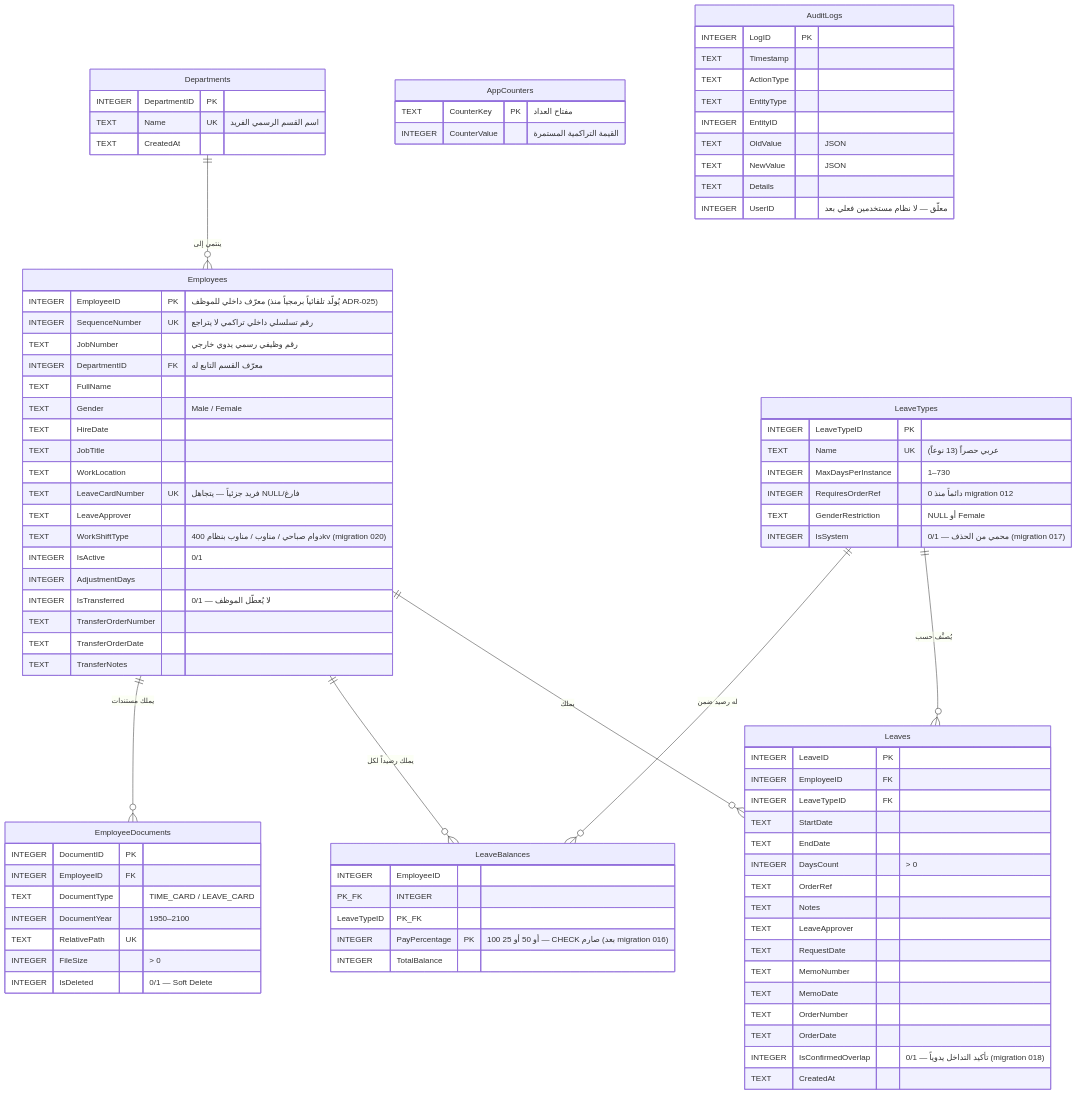
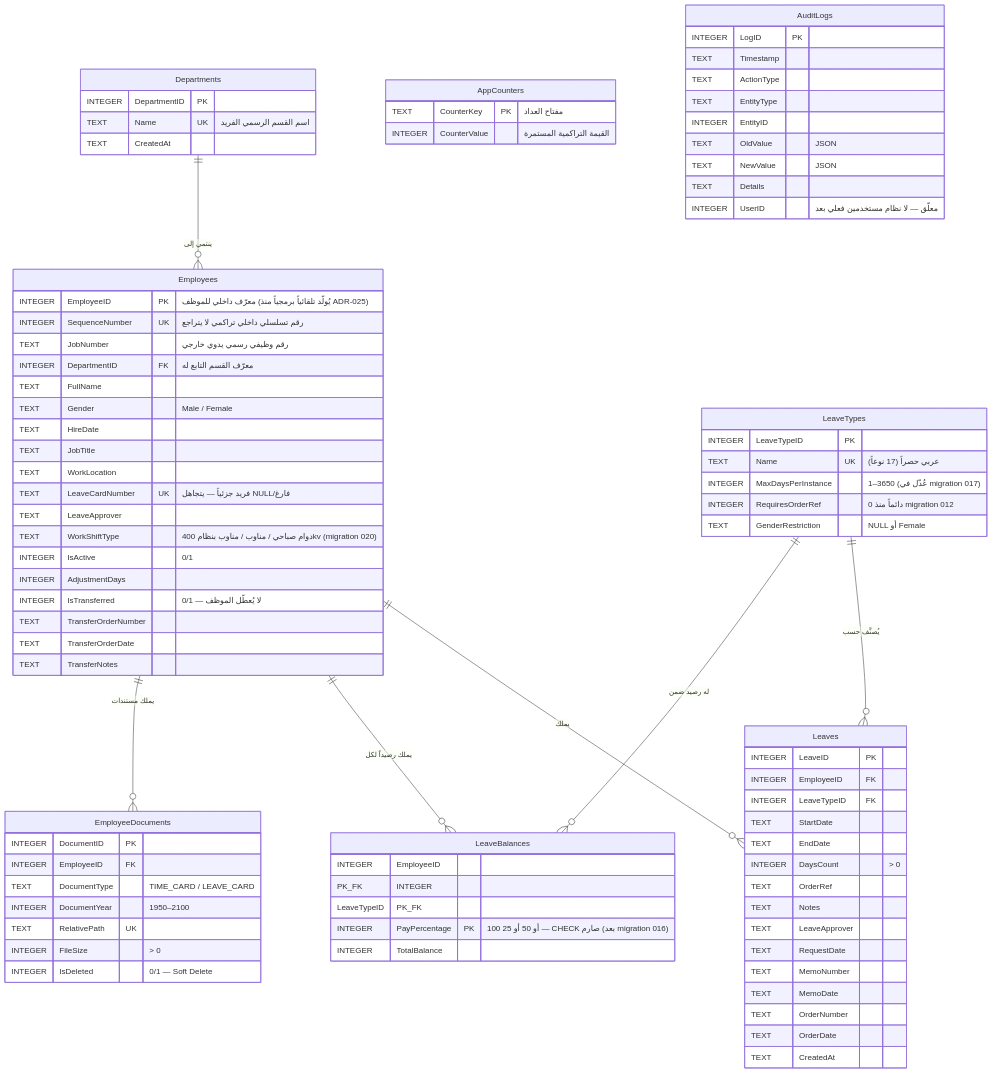
The diagram in docs/DATA-MODEL.md (sajadmssa/Holidays), drawn with Mermaid before and after one commit. The commit also changed other lines of this file and 5 other files, not shown here.

Commit message:
docs: reconcile schema definitions, seed departments, and migration range up to 020

```diff
--- a/docs/DATA-MODEL.md
+++ b/docs/DATA-MODEL.md
@@ -45,11 +45,10 @@
 
     LeaveTypes {
         INTEGER LeaveTypeID PK
-        TEXT Name UK "عربي حصراً (13 نوعاً)"
-        INTEGER MaxDaysPerInstance "1–730"
+        TEXT Name UK "عربي حصراً (17 نوعاً)"
+        INTEGER MaxDaysPerInstance "1–3650 (عُدّل في migration 017)"
         INTEGER RequiresOrderRef "0 دائماً منذ migration 012"
         TEXT GenderRestriction "NULL أو Female"
-        INTEGER IsSystem "0/1 — محمي من الحذف (migration 017)"
     }
 
     LeaveBalances {
@@ -74,7 +73,6 @@
         TEXT MemoDate
         TEXT OrderNumber
         TEXT OrderDate
-        INTEGER IsConfirmedOverlap "0/1 — تأكيد التداخل يدوياً (migration 018)"
         TEXT CreatedAt
     }
 
```
